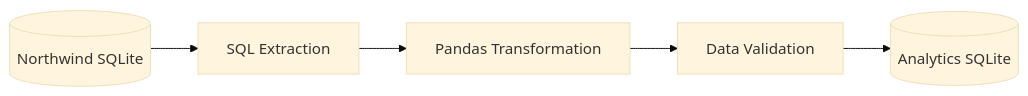
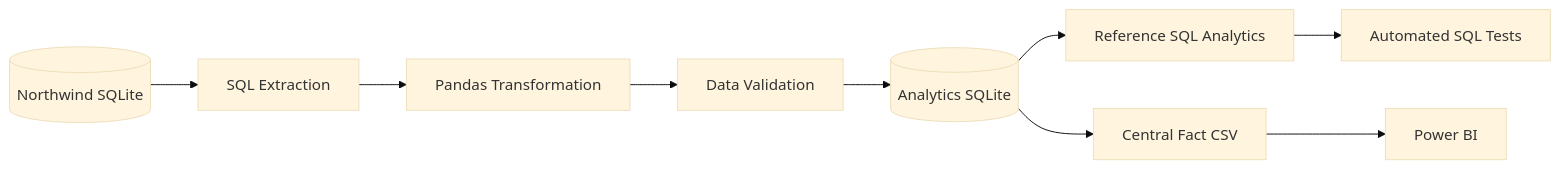
Before and after one commit to josecarpalaciosr/northwind-sales-etl-pipeline: the diagram in README.md, drawn with Mermaid (base theme). The commit also changed other lines of this file and 2 other files, not shown here.

Commit message:
docs: complete Power BI dashboard documentation

````diff
--- a/README.md
+++ b/README.md
@@ -32,7 +35,11 @@
 ```mermaid
 flowchart LR
     A[(Northwind SQLite)] --> B[SQL Extraction]
     B --> C[Pandas Transformation]
     C --> D[Data Validation]
     D --> E[(Analytics SQLite)]
+    E --> F[Reference SQL Analytics]
+    F --> G[Automated SQL Tests]
+    E --> H[Central Fact CSV]
+    H --> I[Power BI]
 ```
````
